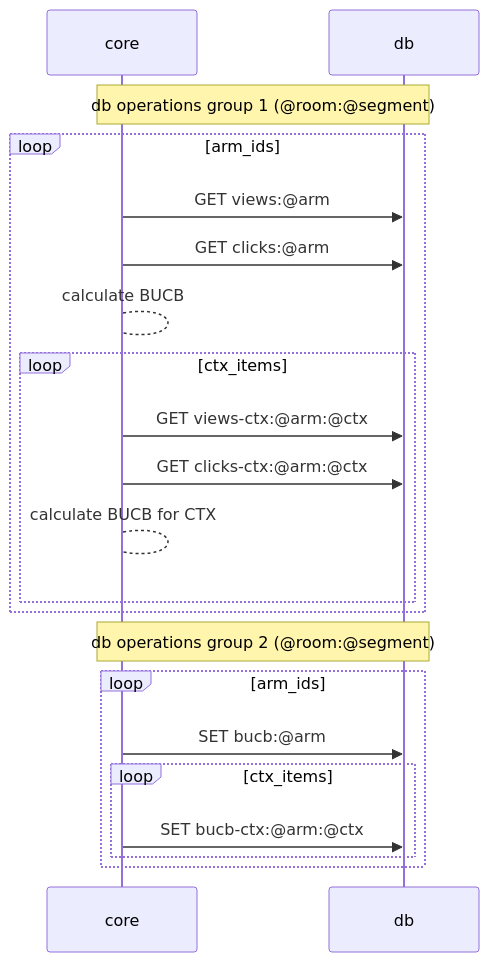
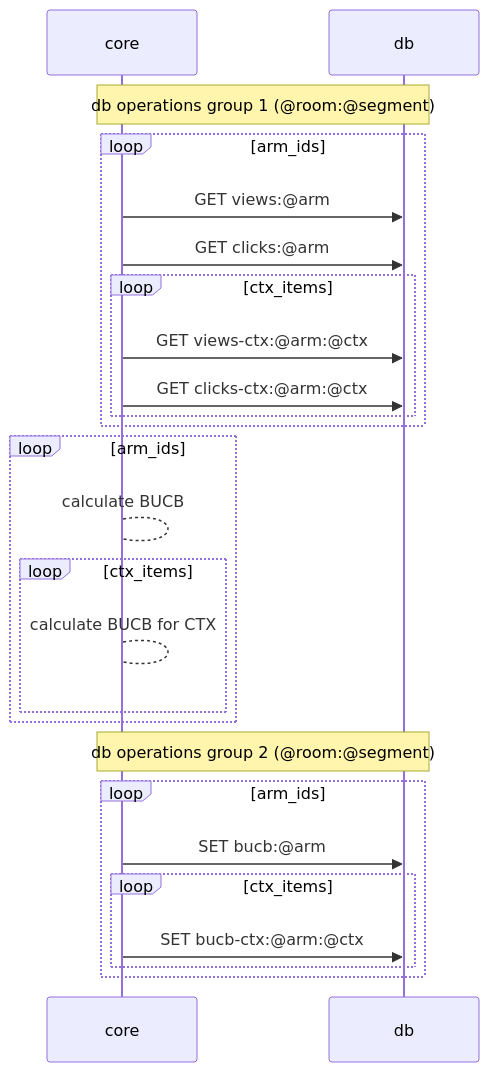
One commit to mobarski/kraken changed the third of 3 diagrams in README.md. Above: the diagram before and after it, drawn with Mermaid. The commit also changed other lines of this file, not shown here.

````diff
--- a/README.md
+++ b/README.md
@@ -124,23 +134,28 @@
 ```mermaid
 sequenceDiagram
 
 note over core,db : db operations group 1 (@room:@segment)
 loop arm_ids
 core ->> db : GET views:@arm
 core ->> db : GET clicks:@arm
-core --> core : calculate BUCB
 loop ctx_items
 core ->> db : GET views-ctx:@arm:@ctx
 core ->> db : GET clicks-ctx:@arm:@ctx
+end
+end
+
+loop arm_ids
+core --> core : calculate BUCB
+loop ctx_items
 core --> core : calculate BUCB for CTX
 end
 end
 
 note over core,db : db operations group 2 (@room:@segment)
 loop arm_ids
 core ->> db : SET bucb:@arm
 loop ctx_items
 core ->> db : SET bucb-ctx:@arm:@ctx
 end
 end
 ```
````
